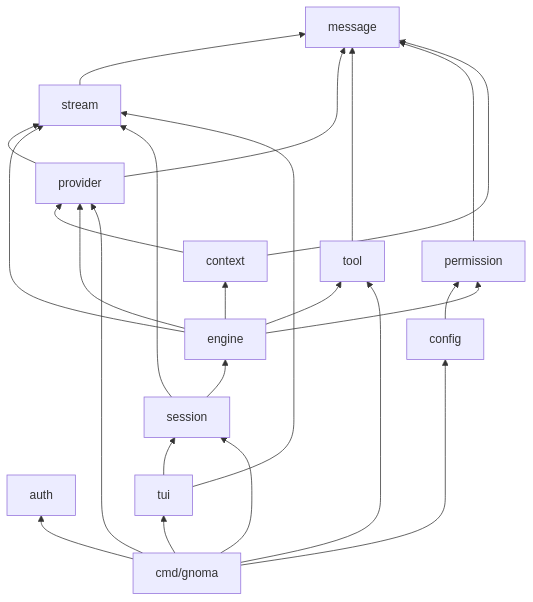
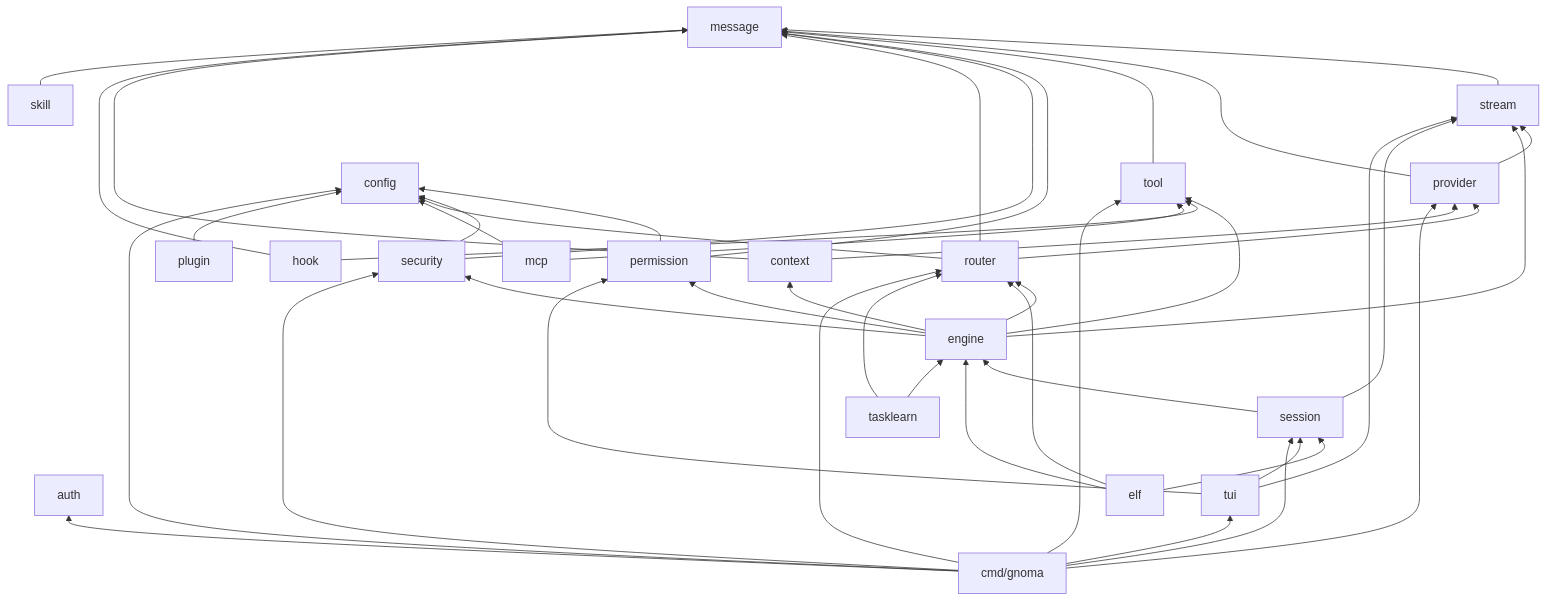
Before and after one commit to Genusraphiahell447/gnoma: the third of 3 diagrams in docs/essentials/architecture.md, drawn with Mermaid. The commit also changed other lines of this file and 6 other files, not shown here.

First line of the commit message:
docs: update essentials for router, security, task learning

````diff
--- a/docs/essentials/architecture.md
+++ b/docs/essentials/architecture.md
@@ -94,39 +102,67 @@
 ```mermaid
 graph BT
     message["message"]
     stream["stream"]
     provider["provider"]
     tool["tool"]
     permission["permission"]
+    security["security"]
+    router["router"]
     context_mgr["context"]
     config["config"]
     auth["auth"]
     engine["engine"]
     session["session"]
+    elf["elf"]
     tui["tui"]
+    hook["hook"]
+    skill["skill"]
+    mcp["mcp"]
+    plugin["plugin"]
+    tasklearn["tasklearn"]
     cmd["cmd/gnoma"]
 
     stream --> message
     provider --> message
     provider --> stream
     tool --> message
     permission --> message
+    permission --> config
+    security --> message
+    security --> config
+    router --> provider
+    router --> message
+    router --> config
     context_mgr --> message
     context_mgr --> provider
-    config --> permission
-    engine --> provider
+    engine --> router
+    engine --> security
     engine --> tool
     engine --> permission
     engine --> stream
     engine --> context_mgr
     session --> engine
     session --> stream
+    elf --> engine
+    elf --> router
+    elf --> session
+    hook --> message
+    hook --> tool
+    skill --> message
+    mcp --> tool
+    mcp --> config
+    plugin --> config
+    tasklearn --> router
+    tasklearn --> engine
     tui --> session
     tui --> stream
+    tui --> permission
     cmd --> tui
     cmd --> config
     cmd --> auth
     cmd --> session
     cmd --> provider
     cmd --> tool
+    cmd --> router
+    cmd --> security
 ```
````
